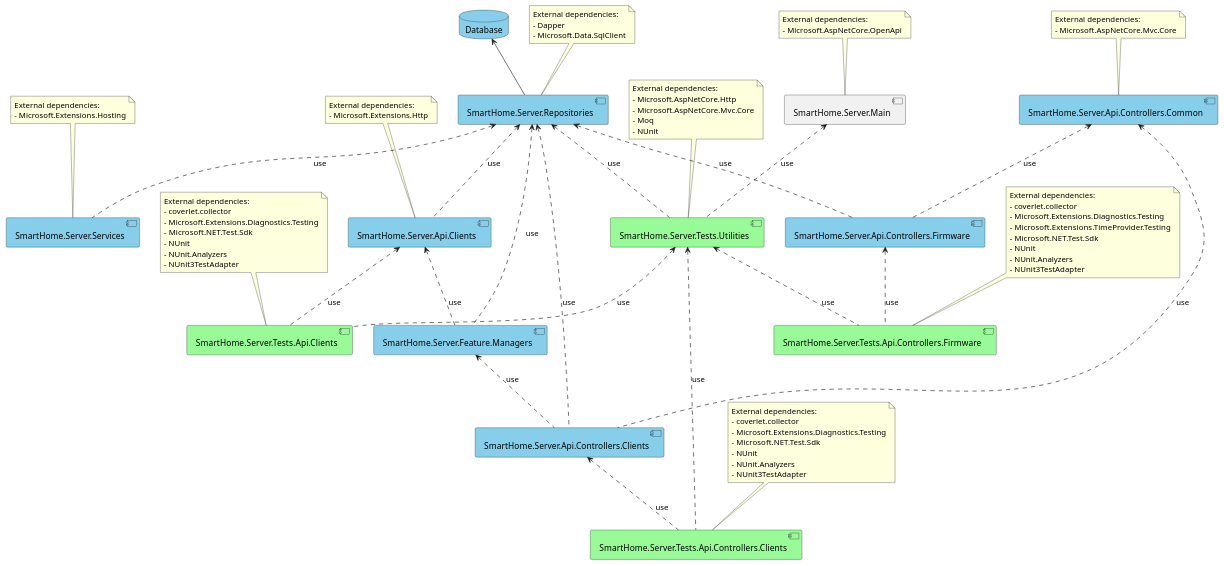
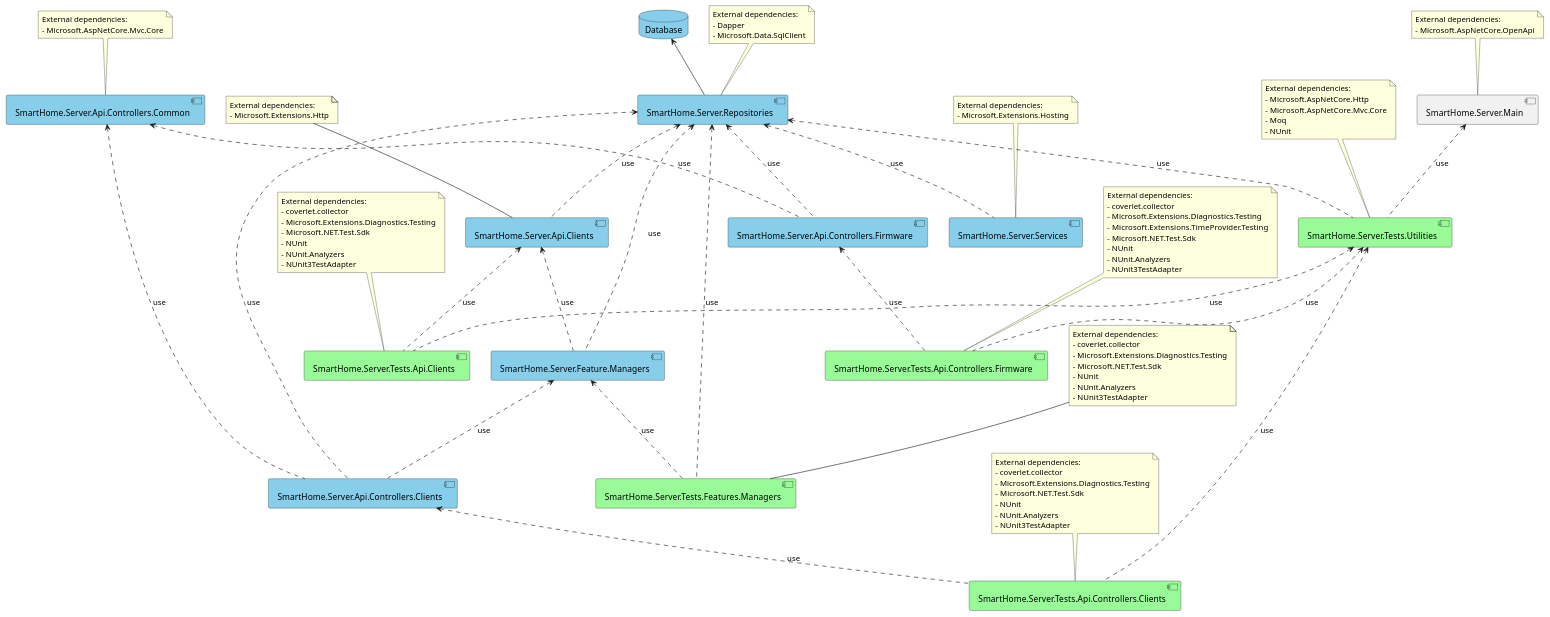
One commit to JakubMiodunka/smart-home changed the diagram in doc/Server/uml/components.pu. Above: the diagram before and after it, drawn with PlantUML. The commit also changed 5 other files, not shown here.

Commit message:
[#40] Sepparating FeaturesManagersTests module from monolith.

```diff
--- a/doc/Server/uml/components.pu
+++ b/doc/Server/uml/components.pu
@@ -1,121 +1,135 @@
 @startuml
 
 database Database #SkyBlue
 
 component "SmartHome.Server.Repositories" as Repositories #SkyBlue
 note as RepositoriesDependencies
     External dependencies:
     - Dapper
     - Microsoft.Data.SqlClient
 end note
 RepositoriesDependencies -- Repositories
 
 component "SmartHome.Server.Api.Clients" as ApiClients #SkyBlue
 note as ApiClientsDependencies
     External dependencies:
     - Microsoft.Extensions.Http
 end note
 ApiClientsDependencies -- ApiClients
 
 component "SmartHome.Server.Feature.Managers" as FeatureManagers #SkyBlue
 
 component "SmartHome.Server.Services" as Services #SkyBlue
 note as ServicesDependencies
     External dependencies:
     - Microsoft.Extensions.Hosting
 end note
 ServicesDependencies -- Services
 
 component "SmartHome.Server.Api.Controllers.Common" as CommonApiControllers #SkyBlue
 note as CommonApiControllersDependencies
     External dependencies:
     - Microsoft.AspNetCore.Mvc.Core
 end note
 CommonApiControllersDependencies -- CommonApiControllers
 
 component "SmartHome.Server.Api.Controllers.Firmware" as FirmwareApiControllers #SkyBlue
 
 component "SmartHome.Server.Api.Controllers.Clients" as ClientsApiControllers #SkyBlue
 
 component "SmartHome.Server.Tests.Utilities" as TestUtilities #PaleGreen
 note as TestUtilitiesDependencies
     External dependencies:
     - Microsoft.AspNetCore.Http
     - Microsoft.AspNetCore.Mvc.Core
     - Moq
     - NUnit
 end note
 TestUtilitiesDependencies -- TestUtilities
 
 component "SmartHome.Server.Tests.Api.Clients" as ApiClientsTests #PaleGreen
 note as ApiClientsTestsDependencies
     External dependencies:
     - coverlet.collector
     - Microsoft.Extensions.Diagnostics.Testing
     - Microsoft.NET.Test.Sdk
     - NUnit
     - NUnit.Analyzers
     - NUnit3TestAdapter
 end note
 ApiClientsTestsDependencies -- ApiClientsTests
 
 component "SmartHome.Server.Tests.Api.Controllers.Clients" as ClientsApiControllersTests #PaleGreen
 note as ClientsApiControllersTestsDependencies
     External dependencies:
     - coverlet.collector
     - Microsoft.Extensions.Diagnostics.Testing
     - Microsoft.NET.Test.Sdk
     - NUnit
     - NUnit.Analyzers
     - NUnit3TestAdapter
 end note
 ClientsApiControllersTestsDependencies -- ClientsApiControllersTests
 
 component "SmartHome.Server.Tests.Api.Controllers.Firmware" as FirmwareApiControllersTests #PaleGreen
 note as FirmwareApiControllersTestsDependencies
     External dependencies:
     - coverlet.collector
     - Microsoft.Extensions.Diagnostics.Testing
     - Microsoft.Extensions.TimeProvider.Testing
     - Microsoft.NET.Test.Sdk
     - NUnit
     - NUnit.Analyzers
     - NUnit3TestAdapter
 end note
 FirmwareApiControllersTestsDependencies -- FirmwareApiControllersTests
 
+component "SmartHome.Server.Tests.Features.Managers" as FeaturesManagersTests #PaleGreen
+note as FeaturesManagersTestsDependencies
+    External dependencies:
+    - coverlet.collector
+    - Microsoft.Extensions.Diagnostics.Testing
+    - Microsoft.NET.Test.Sdk
+    - NUnit
+    - NUnit.Analyzers
+    - NUnit3TestAdapter
+end note
+FeaturesManagersTestsDependencies -- FeaturesManagersTests
+
 component "SmartHome.Server.Main" as Main
 note as MainDependencies
     External dependencies:
     - Microsoft.AspNetCore.OpenApi
 end note
 MainDependencies -- Main
 
 Database <-- Repositories
 
 Repositories <.. ApiClients : use
 Repositories <.. FeatureManagers : use
 Repositories <.. Services : use
 Repositories <.. TestUtilities : use
 Repositories <.. FirmwareApiControllers : use
 Repositories <.. ClientsApiControllers : use
+Repositories <.. FeaturesManagersTests : use
 
 CommonApiControllers <.. FirmwareApiControllers : use
 CommonApiControllers <.. ClientsApiControllers : use
 
 ClientsApiControllers <.. ClientsApiControllersTests : use
 
 FirmwareApiControllers <.. FirmwareApiControllersTests : use
 
 FeatureManagers <.. ClientsApiControllers : use
+FeatureManagers <.. FeaturesManagersTests : use
 
 ApiClients <.. FeatureManagers : use
 ApiClients <.. ApiClientsTests : use
 
 TestUtilities <.. ApiClientsTests : use
 TestUtilities <.. ClientsApiControllersTests : use
 TestUtilities <.. FirmwareApiControllersTests : use
 
 Main <.. TestUtilities : use
 
 @enduml
```
